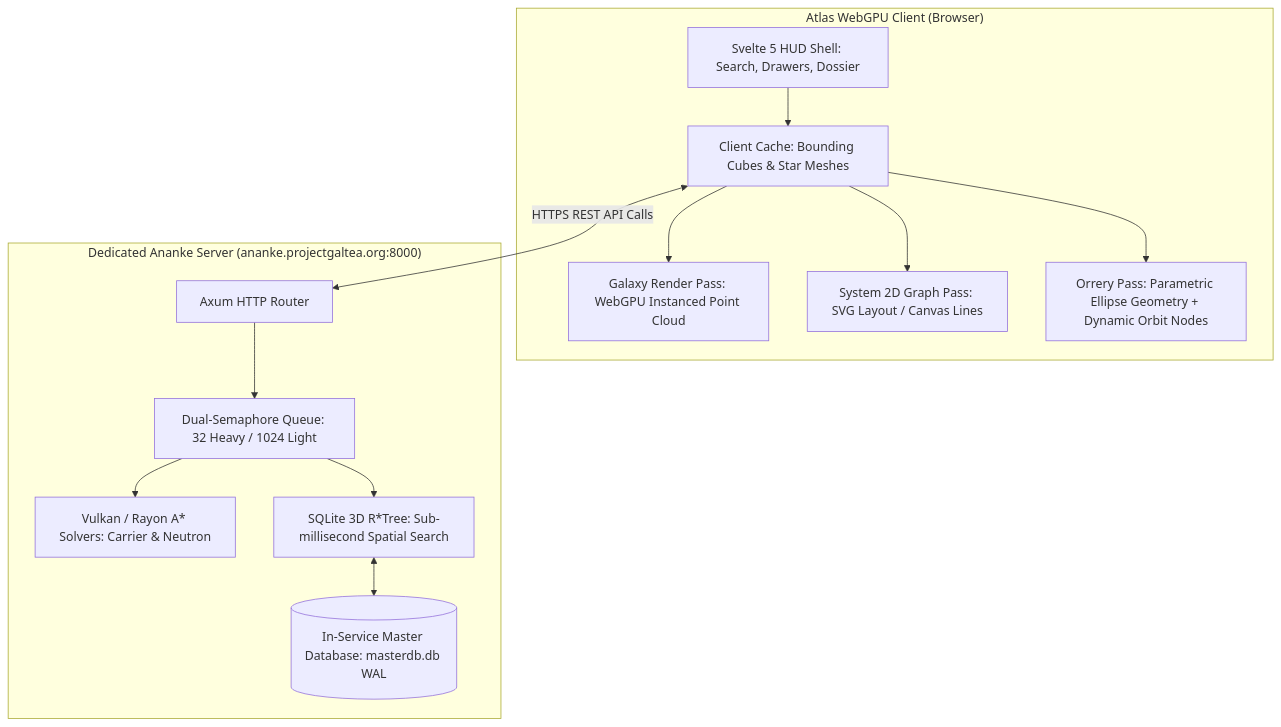
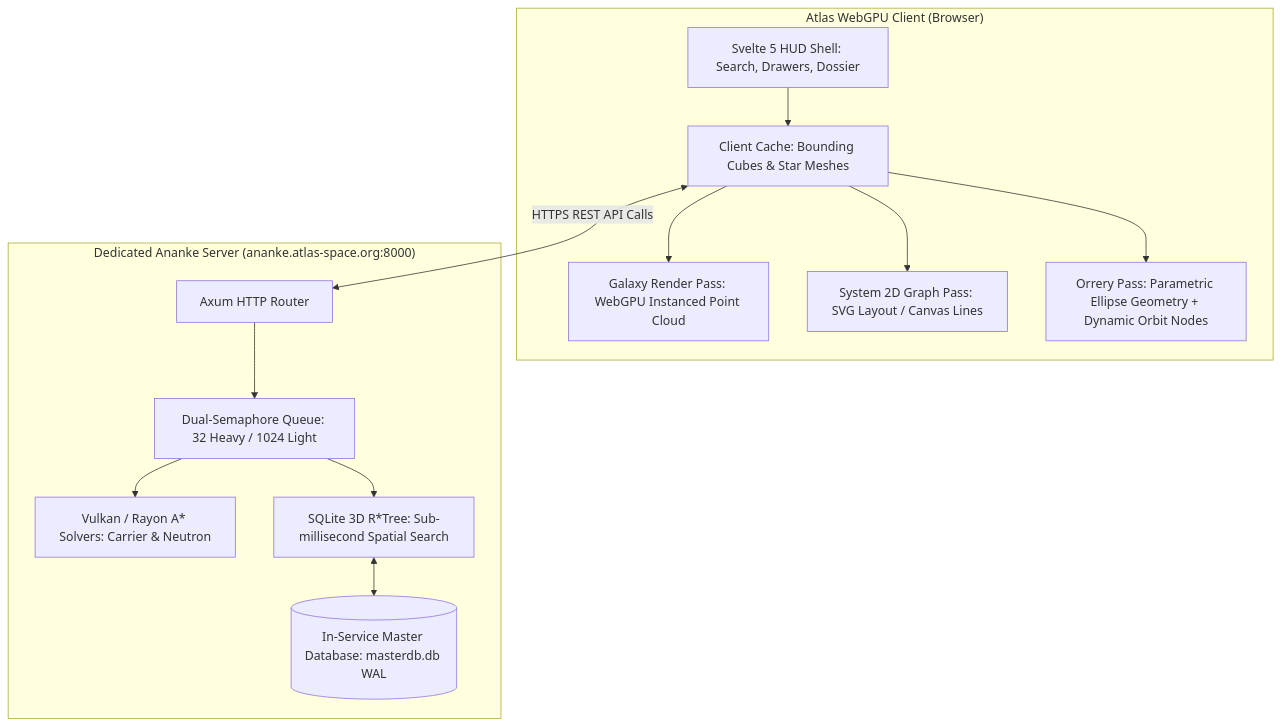
One commit to Irkyosaur/Atlas changed the diagram in docs/technical_architecture.md. Above: the diagram before and after it, drawn with Mermaid. The commit also changed other lines of this file and 11 other files, not shown here.

````diff
--- a/docs/technical_architecture.md
+++ b/docs/technical_architecture.md
@@ -12,24 +12,24 @@
 ```mermaid
 flowchart TD
     subgraph Frontend_Atlas ["Atlas WebGPU Client (Browser)"]
         UI[Svelte 5 HUD Shell: Search, Drawers, Dossier]
         G_Pass[Galaxy Render Pass: WebGPU Instanced Point Cloud]
         S_Pass[System 2D Graph Pass: SVG Layout / Canvas Lines]
         O_Pass[Orrery Pass: Parametric Ellipse Geometry + Dynamic Orbit Nodes]
         ClientCache[Client Cache: Bounding Cubes & Star Meshes]
     end
 
-    subgraph External_Ananke_Server ["Dedicated Ananke Server (ananke.projectgaltea.org:8000)"]
+    subgraph External_Ananke_Server ["Dedicated Ananke Server (ananke.atlas-space.org:8000)"]
         Axum[Axum HTTP Router]
         Admission[Dual-Semaphore Queue: 32 Heavy / 1024 Light]
         AStar[Vulkan / Rayon A* Solvers: Carrier & Neutron]
         RTree[SQLite 3D R*Tree: Sub-millisecond Spatial Search]
         DB[(In-Service Master Database: masterdb.db WAL)]
     end
 
     UI --> ClientCache
     ClientCache <-->|HTTPS REST API Calls| Axum
     Axum --> Admission --> AStar & RTree
     RTree <--> DB
     ClientCache --> G_Pass & S_Pass & O_Pass
 ```
````
